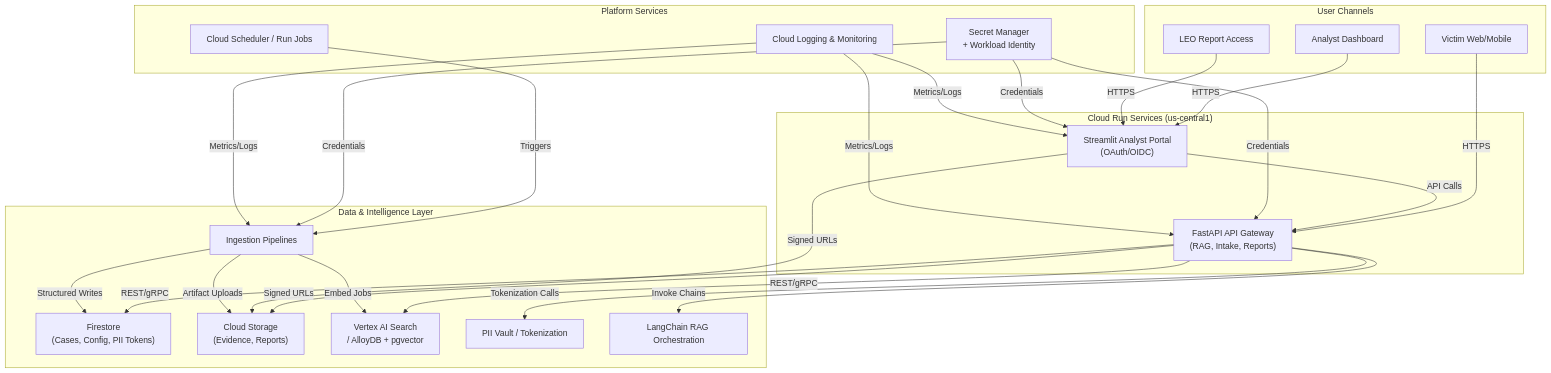
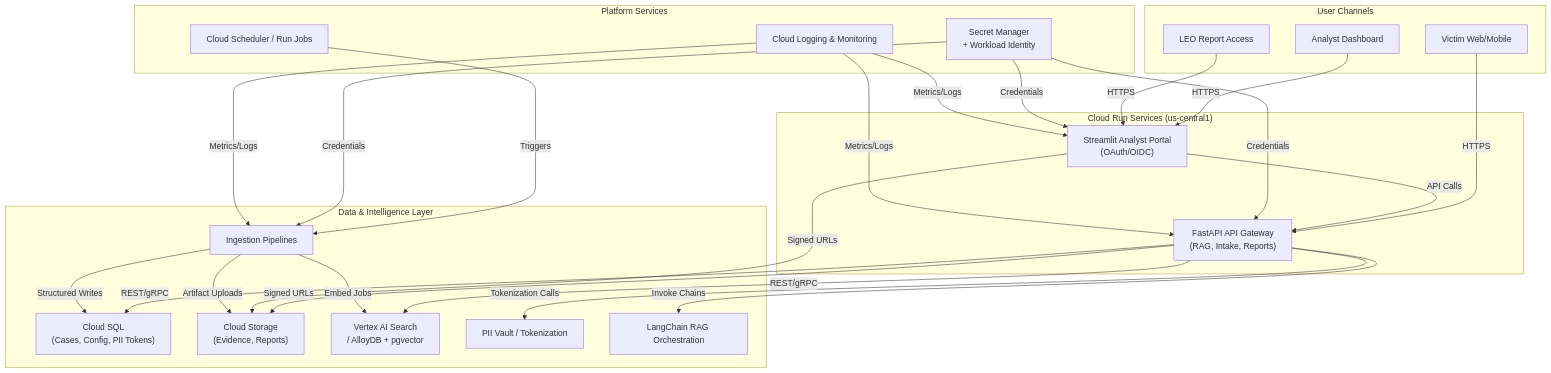
Before and after one commit to intelligenceforgood/core: the first of 3 diagrams in docs/design/architecture.md, drawn with Mermaid. The commit also changed other lines of this file and 27 other files, not shown here.

Commit message:
Removed all reference to Firestore as we have replaced it with SQLite (local) and PostgreSQL (dev/prod)

````diff
--- a/docs/design/architecture.md
+++ b/docs/design/architecture.md
@@ -67,53 +67,53 @@
 ```mermaid
 flowchart TB
   subgraph Users["User Channels"]
     Victim[Victim Web/Mobile]
     Analyst[Analyst Dashboard]
     LEO[LEO Report Access]
   end
 
   subgraph CloudRun["Cloud Run Services (us-central1)"]
     FastAPI["FastAPI API Gateway<br>(RAG, Intake, Reports)"]
     Streamlit["Streamlit Analyst Portal<br>(OAuth/OIDC)"]
   end
 
   subgraph DataLayer["Data & Intelligence Layer"]
-    Firestore["Firestore<br>(Cases, Config, PII Tokens)"]
+    CloudSQL["Cloud SQL<br>(Cases, Config, PII Tokens)"]
     Storage["Cloud Storage<br>(Evidence, Reports)"]
     Vector[Vertex AI Search<br>/ AlloyDB + pgvector]
     TokenVault[PII Vault / Tokenization]
     IngestionPipelines[Ingestion Pipelines]
     RAG[LangChain RAG Orchestration]
   end
 
   subgraph Ops["Platform Services"]
     Scheduler[Cloud Scheduler / Run Jobs]
     Secrets[Secret Manager<br> + Workload Identity]
     Telemetry[Cloud Logging & Monitoring]
   end
 
   Victim -- HTTPS --> FastAPI
   Analyst -- HTTPS --> Streamlit
   LEO -- HTTPS --> Streamlit
 
-  FastAPI -- REST/gRPC --> Firestore
+  FastAPI -- REST/gRPC --> CloudSQL
   FastAPI -- REST/gRPC --> Vector
   FastAPI -- Signed URLs --> Storage
   FastAPI -- Tokenization Calls --> TokenVault
   FastAPI -- Invoke Chains --> RAG
 
   Streamlit -- API Calls --> FastAPI
   Streamlit -- Signed URLs --> Storage
 
-  IngestionPipelines -- Structured Writes --> Firestore
+  IngestionPipelines -- Structured Writes --> CloudSQL
   IngestionPipelines -- Artifact Uploads --> Storage
   IngestionPipelines -- Embed Jobs --> Vector
 
   Scheduler -- Triggers --> IngestionPipelines
   Secrets -- Credentials --> FastAPI
   Secrets -- Credentials --> Streamlit
   Secrets -- Credentials --> IngestionPipelines
   Telemetry -- Metrics/Logs --> FastAPI
   Telemetry -- Metrics/Logs --> Streamlit
   Telemetry -- Metrics/Logs --> IngestionPipelines
 ```
````
